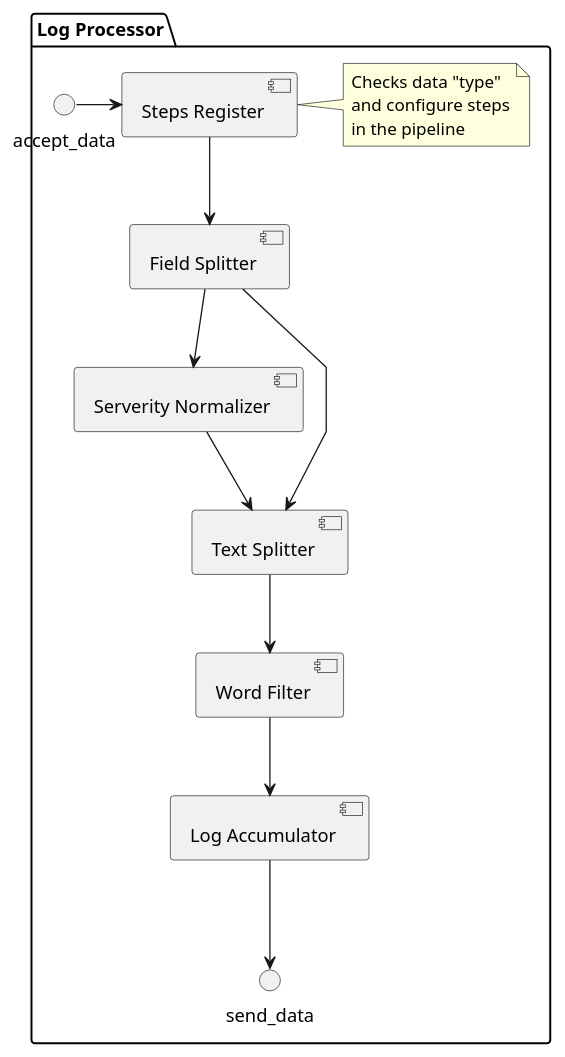
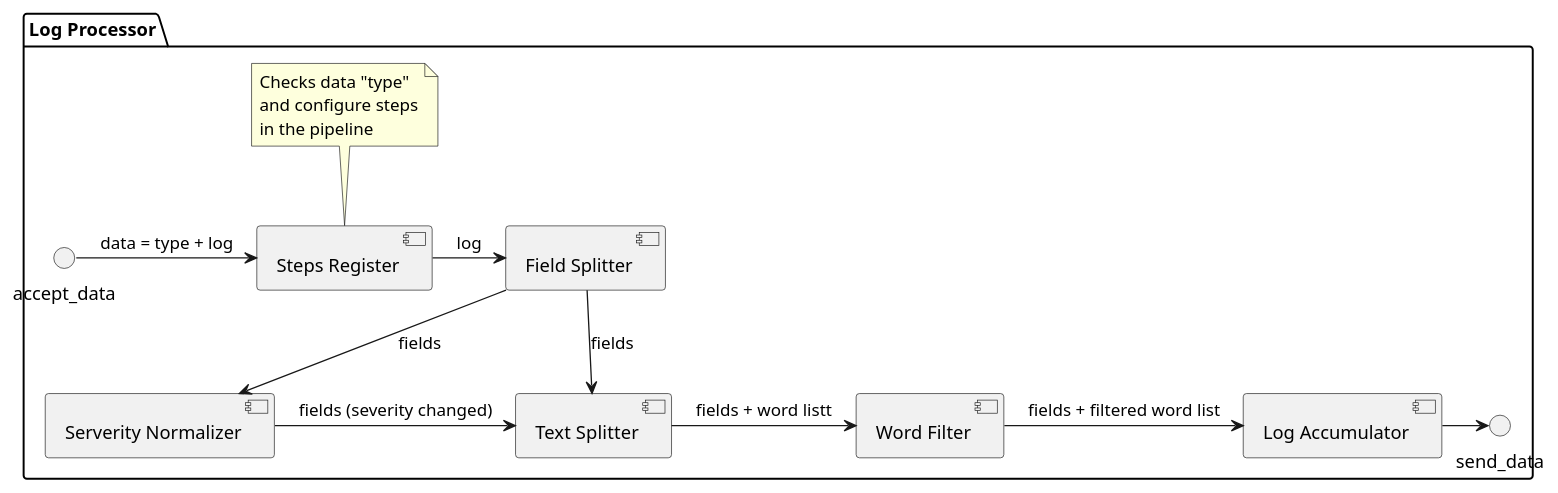
The diagram in estructurales/components_log_processor.puml (jlojosnegros/master_upm_practica_final_arquitectura), drawn with PlantUML before and after one commit.

Commit message:
Changes in layout

```diff
--- a/estructurales/components_log_processor.puml
+++ b/estructurales/components_log_processor.puml
@@ -1,42 +1,42 @@
 @startuml
 skinparam linetype polyline
 'skinparam linetype ortho
 
 skinparam defaultFontName "Fira Code Retina"
 
 package "Log Processor" {
 interface accept_data
 interface send_data
 [Steps Register] as sr
 [Field Splitter] as fs
 [Serverity Normalizer] as sn
 [Text Splitter] as ts
 [Word Filter] as wf
 [Log Accumulator] as la
 
-accept_data -> sr
-sr --> fs
-fs --> sn
-fs --> ts
-sn --> ts
-ts --> wf
-wf --> la
-la --> send_data
+accept_data -> sr : data = type + log
+sr -> fs : log
+fs --> sn : fields
+fs -down-> ts : fields
+sn -> ts : fields (severity changed)
+ts -> wf : fields + word listt
+wf -> la : fields + filtered word list
+la -> send_data
 
 'fs . sr
 'sn . sr
 'ts . sr
 'wf . sr
 
 
-note right of sr
+note top of sr
   Checks data "type"
   and configure steps
   in the pipeline
 end note
 
 
 }
 
 
 @enduml
```
